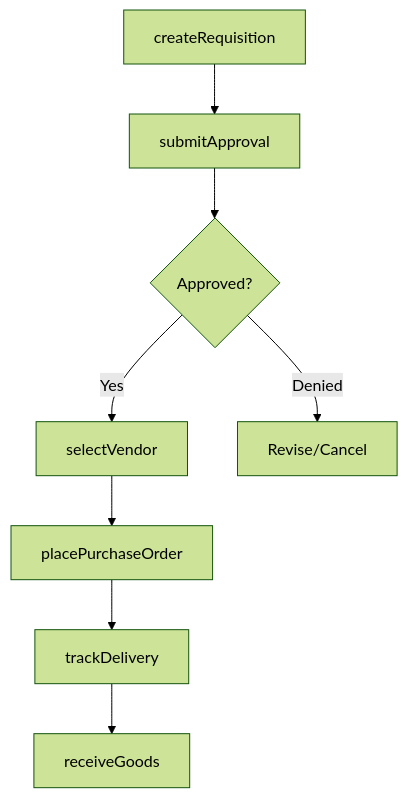
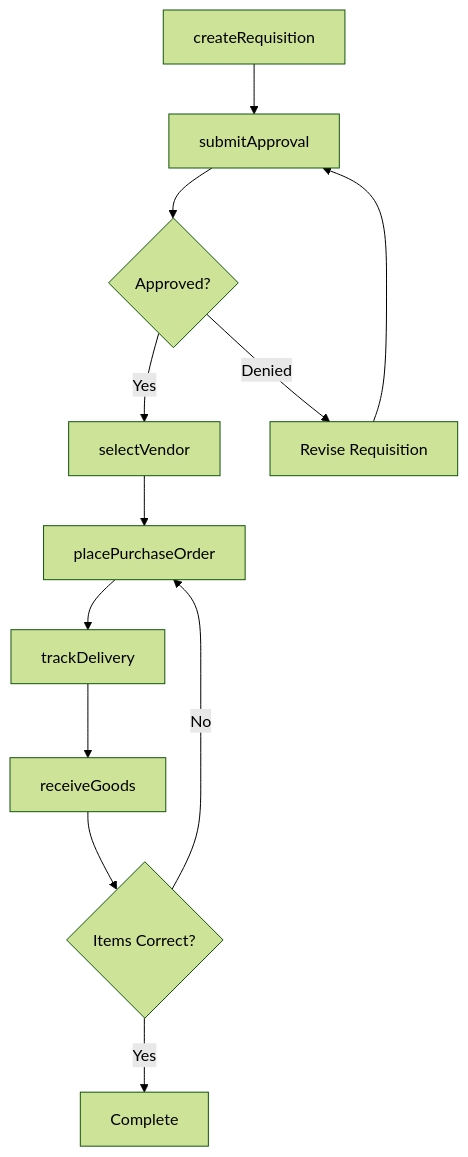
Before and after one commit to dot-org-ai/tasks.org.ai: the third of 4 diagrams in MonitoringAndControllingResources/PurchaseGoodsOrServices/OrderMaterialsSuppliesEquipment.mdx, drawn with Mermaid (forest theme). The commit also changed other lines of this file and 307 other files, not shown here.

First line of the commit message:
feat: Add ER diagrams and state diagrams to remaining 308 DWA task files (wave 3 complete)

````diff
--- a/MonitoringAndControllingResources/PurchaseGoodsOrServices/OrderMaterialsSuppliesEquipment.mdx
+++ b/MonitoringAndControllingResources/PurchaseGoodsOrServices/OrderMaterialsSuppliesEquipment.mdx
@@ -87,10 +114,14 @@
 ```mermaid
 graph TD
     A[createRequisition] --> B[submitApproval]
     B --> C{Approved?}
     C -->|Yes| D[selectVendor]
-    C -->|Denied| E[Revise/Cancel]
+    C -->|Denied| E[Revise Requisition]
+    E --> B
     D --> F[placePurchaseOrder]
     F --> G[trackDelivery]
     G --> H[receiveGoods]
+    H --> I{Items Correct?}
+    I -->|Yes| J[Complete]
+    I -->|No| F
 ```
````
